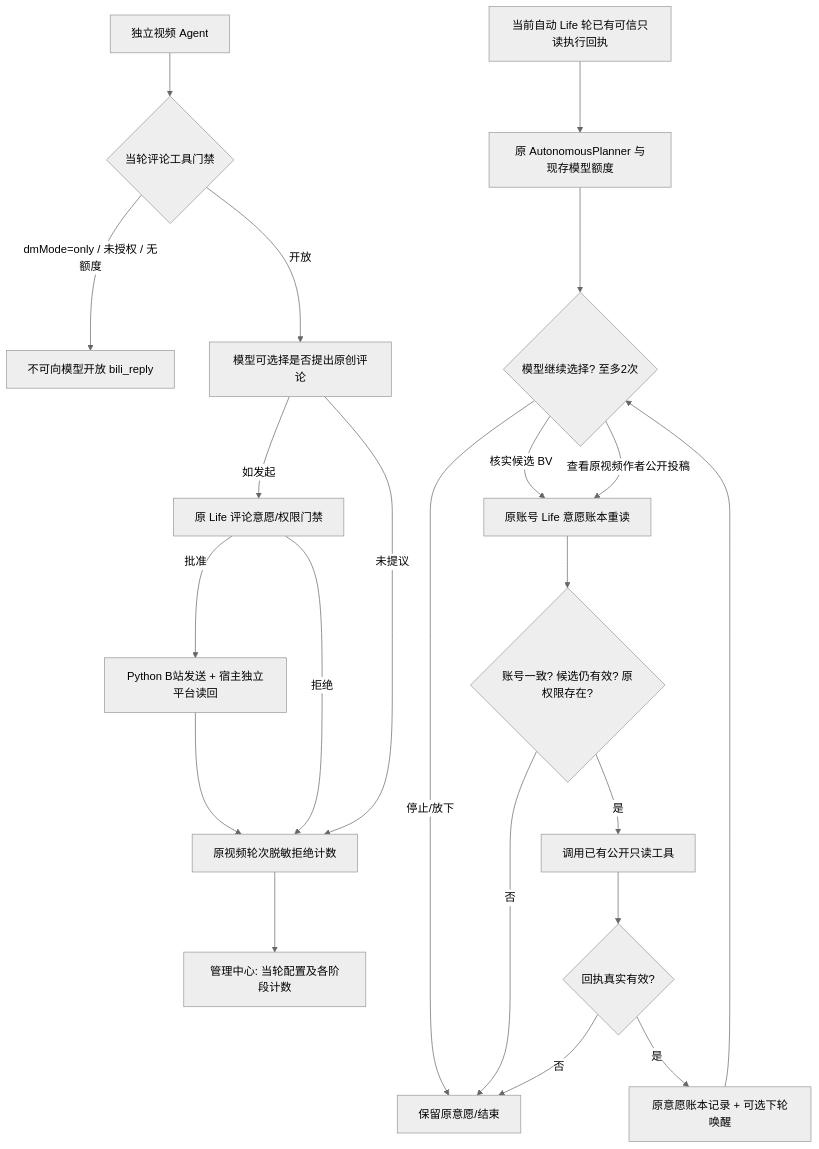
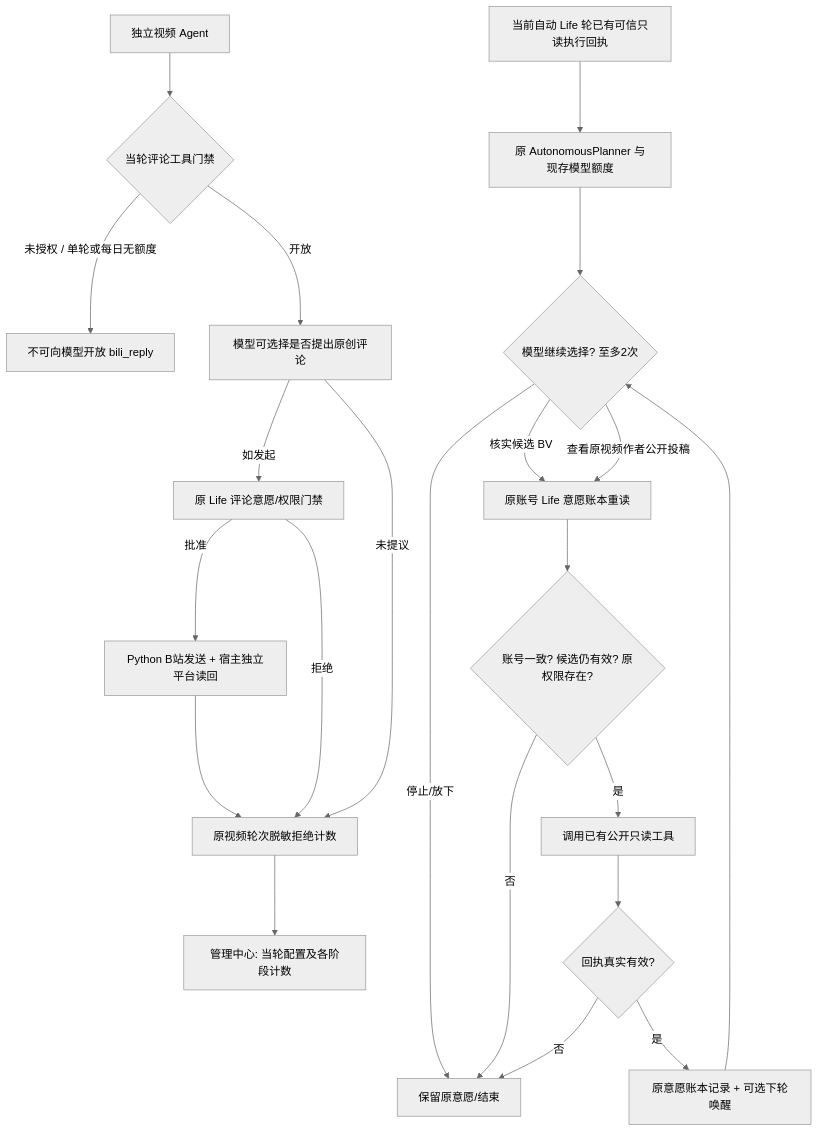
Before and after one commit to minedalang/dsh-dafeiyu-life: the diagram in docs/architecture/diagrams/2.7.1-dev26-life-continuation-comment.mmd, drawn with Mermaid (neutral theme). The commit also changed 21 other files, not shown here.

```diff
--- a/docs/architecture/diagrams/2.7.1-dev26-life-continuation-comment.mmd
+++ b/docs/architecture/diagrams/2.7.1-dev26-life-continuation-comment.mmd
@@ -1,22 +1,22 @@
 flowchart TD
   A[当前自动 Life 轮已有可信只读执行回执] --> B[原 AutonomousPlanner 与现存模型额度]
   B --> C{模型继续选择? 至多2次}
   C -->|停止/放下| Z[保留原意愿/结束]
   C -->|核实候选 BV| D[原账号 Life 意愿账本重读]
   C -->|查看原视频作者公开投稿| D
   D --> E{账号一致? 候选仍有效? 原权限存在?}
   E -->|否| Z
   E -->|是| F[调用已有公开只读工具]
   F --> G{回执真实有效?}
   G -->|否| Z
   G -->|是| H[原意愿账本记录 + 可选下轮唤醒]
   H --> C
   I[独立视频 Agent] --> J{当轮评论工具门禁}
-  J -->|dmMode=only / 未授权 / 无额度| X[不可向模型开放 bili_reply]
+  J -->|未授权 / 单轮或每日无额度| X[不可向模型开放 bili_reply]
   J -->|开放| K[模型可选择是否提出原创评论]
   K -->|如发起| L[原 Life 评论意愿/权限门禁]
   L -->|批准| M[Python B站发送 + 宿主独立平台读回]
   L -->|拒绝| N[原视频轮次脱敏拒绝计数]
   M --> N
   K -->|未提议| N
   N --> O[管理中心: 当轮配置及各阶段计数]
```
